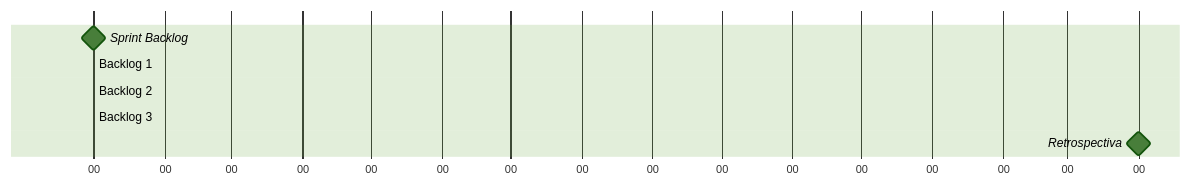
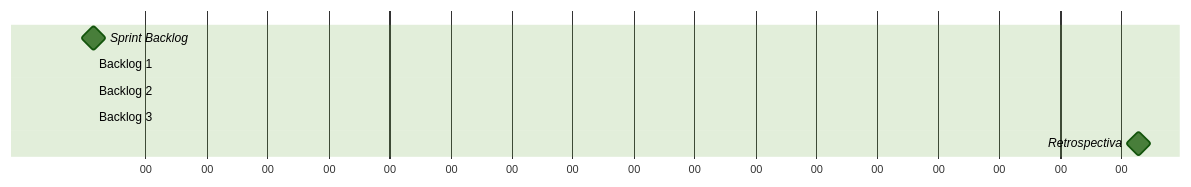
The second of 2 diagrams in sprint.md (Iagocds/Projeto-Integrado), drawn with Mermaid (forest theme) before and after one commit.

````diff
--- a/sprint.md
+++ b/sprint.md
@@ -24,10 +24,10 @@
 ```mermaid
 gantt
     dateFormat mm
     axisFormat %M
-    Sprint Backlog : milestone, m1, 0, 4m
+    Sprint Backlog : milestone, m1, 1, 4m
     Backlog 1 : 1m
     Backlog 2 : 1m
     Backlog 3 : 1m
-    Retrospectiva : milestone, m2, 4, 1m
+    Retrospectiva : milestone, m2, 5, 1m
 ```
````
